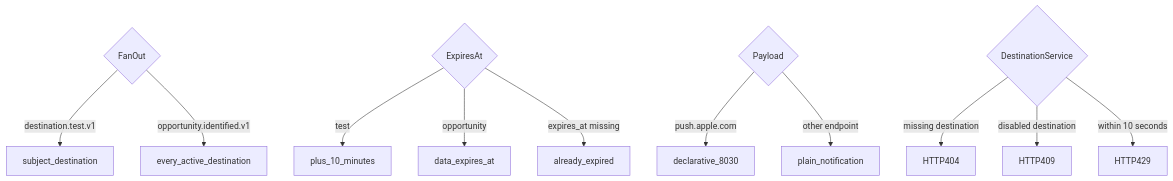
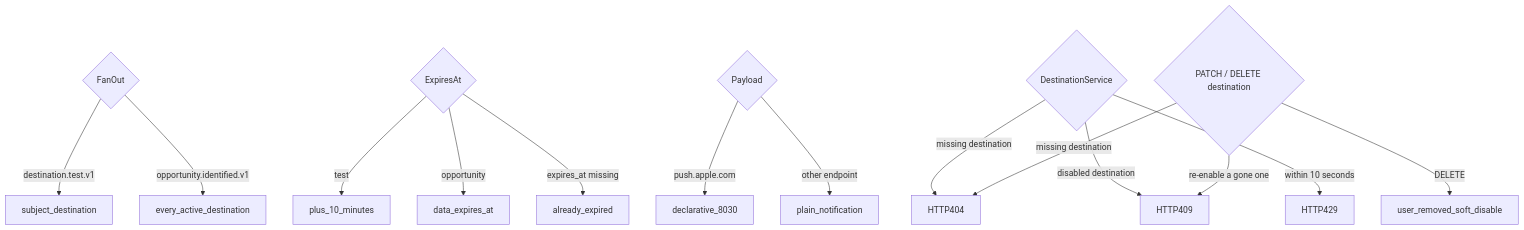
One commit to mwelch21/OddsExecutionEngine changed the fourth of 5 diagrams in docs/feature-flows/features/web-push.md. Above: the diagram before and after it, drawn with Mermaid. The commit also changed other lines of this file and 5 other files, not shown here.

````diff
--- a/docs/feature-flows/features/web-push.md
+++ b/docs/feature-flows/features/web-push.md
@@ -90,13 +90,16 @@
 ```mermaid
 flowchart TD
   FanOut{FanOut} -->|destination.test.v1| subject_destination
   FanOut -->|opportunity.identified.v1| every_active_destination
   Expiry{ExpiresAt} -->|test| plus_10_minutes
   Expiry -->|opportunity| data_expires_at
   Expiry -->|expires_at missing| already_expired
   Payload{Payload} -->|push.apple.com| declarative_8030
   Payload -->|other endpoint| plain_notification
   DestinationService{DestinationService} -->|missing destination| HTTP404
   DestinationService -->|disabled destination| HTTP409
   DestinationService -->|within 10 seconds| HTTP429
+  Manage{PATCH / DELETE destination} -->|missing destination| HTTP404
+  Manage -->|re-enable a gone one| HTTP409
+  Manage -->|DELETE| user_removed_soft_disable
 ```
````
